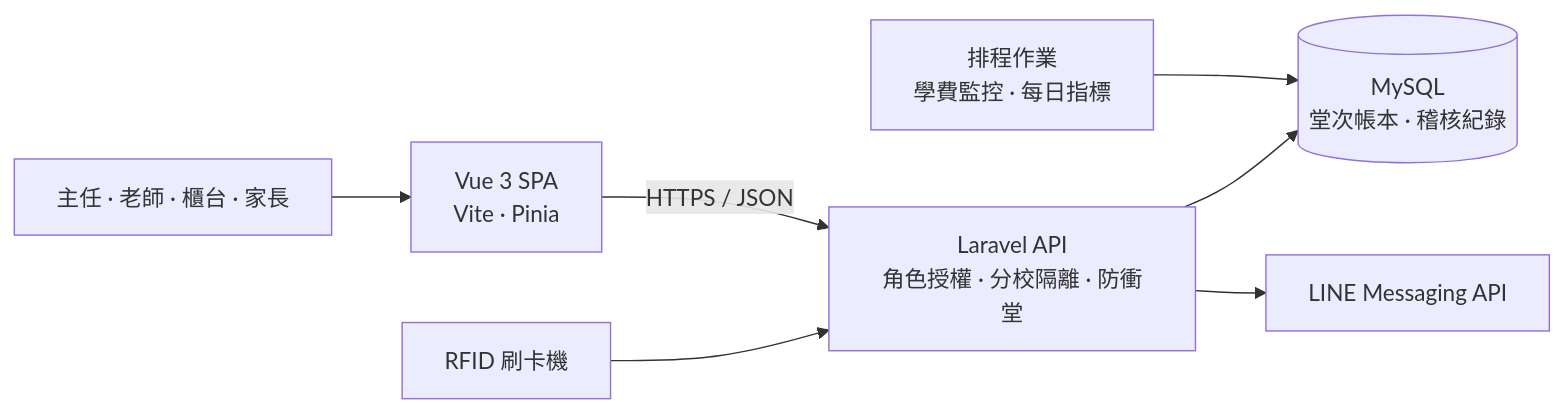
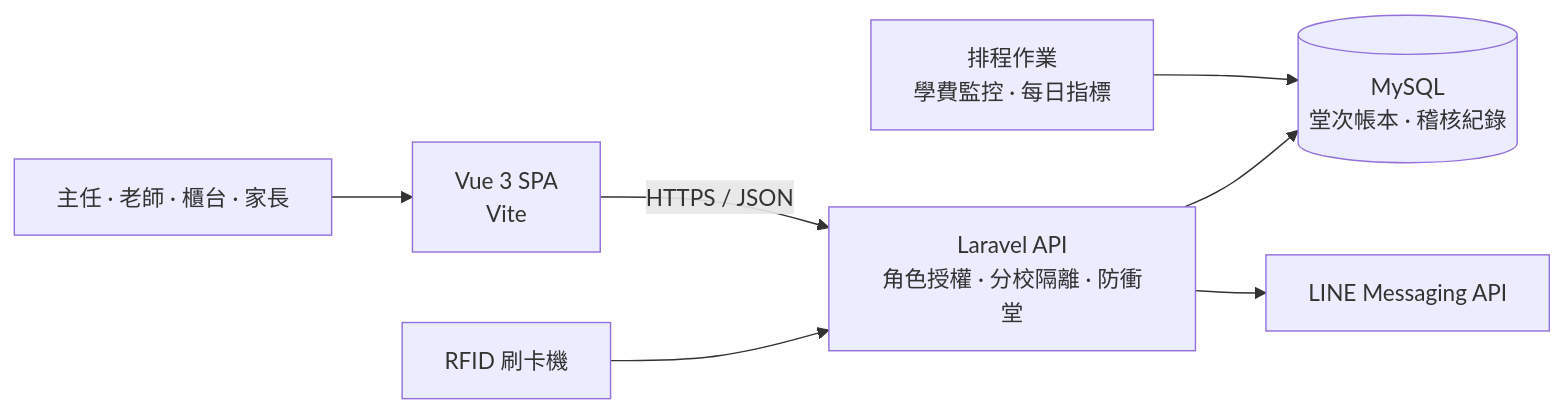
Before and after one commit to jerry200176-png/AllTrue_System: the diagram in README.md, drawn with Mermaid. The commit also changed other lines of this file and 4 other files, not shown here.

````diff
--- a/README.md
+++ b/README.md
@@ -49,9 +49,9 @@
 ```mermaid
 graph LR
-    Users["主任 · 老師 · 櫃台 · 家長"] --> VUE["Vue 3 SPA<br/>Vite · Pinia"]
+    Users["主任 · 老師 · 櫃台 · 家長"] --> VUE["Vue 3 SPA<br/>Vite"]
     VUE -->|HTTPS / JSON| API["Laravel API<br/>角色授權 · 分校隔離 · 防衝堂"]
     SCHED["排程作業<br/>學費監控 · 每日指標"] --> DB
     API --> DB[("MySQL<br/>堂次帳本 · 稽核紀錄")]
     API --> LINE["LINE Messaging API"]
     RFID["RFID 刷卡機"] --> API
 ```
````
